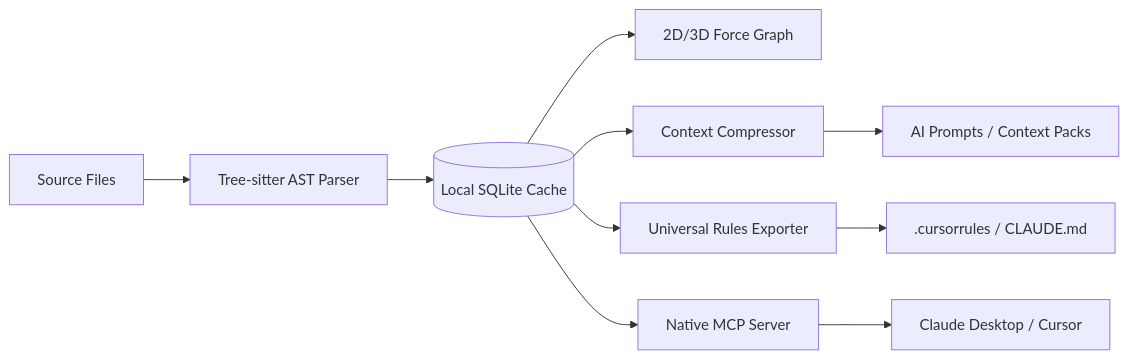
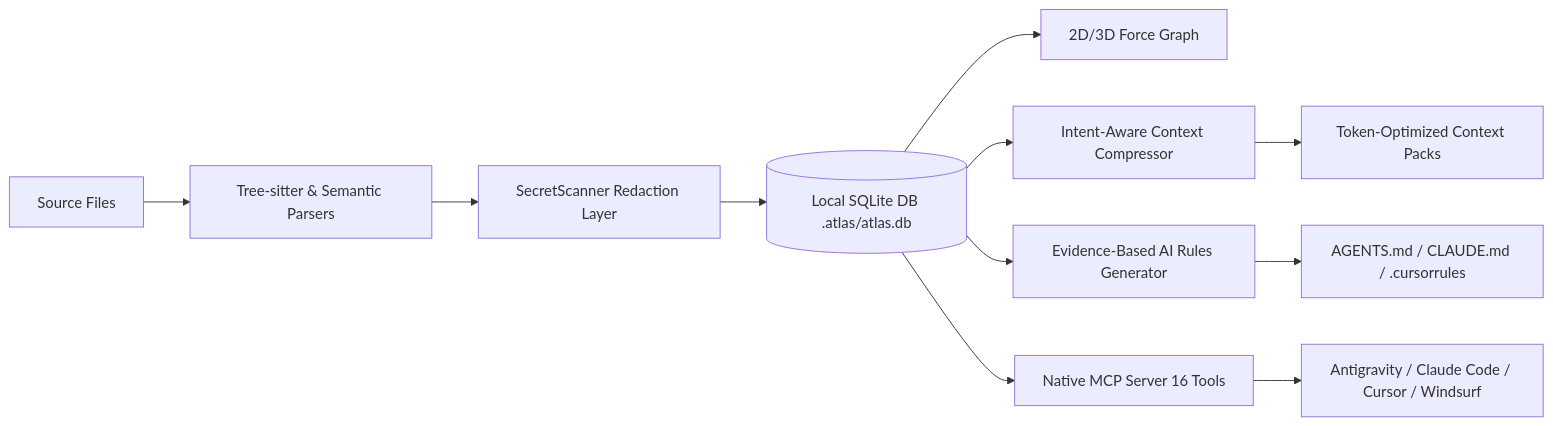
Before and after one commit to shditz/codeatlas: the diagram in apps/docs/guide/index.md, drawn with Mermaid. The commit also changed other lines of this file and 95 other files, not shown here.

Commit message:
chore(release): v1.0.0 - Production Release, 16 MCP Tools, Framework Adapters, Security Redaction, and VS Code Extension

````diff
--- a/apps/docs/guide/index.md
+++ b/apps/docs/guide/index.md
@@ -20,13 +20,14 @@
 ```mermaid
 flowchart LR
-    A[Source Files] --> B[Tree-sitter AST Parser]
-    B --> C[(Local SQLite Cache)]
+    A[Source Files] --> B[Tree-sitter & Semantic Parsers]
+    B --> SEC[SecretScanner Redaction Layer]
+    SEC --> C[(Local SQLite DB .atlas/atlas.db)]
     C --> D[2D/3D Force Graph]
-    C --> E[Context Compressor]
-    C --> F[Universal Rules Exporter]
-    C --> G[Native MCP Server]
+    C --> E[Intent-Aware Context Compressor]
+    C --> F[Evidence-Based AI Rules Generator]
+    C --> G[Native MCP Server 16 Tools]
 
-    E --> H[AI Prompts / Context Packs]
-    F --> I[.cursorrules / CLAUDE.md]
-    G --> J[Claude Desktop / Cursor]
+    E --> H[Token-Optimized Context Packs]
+    F --> I[AGENTS.md / CLAUDE.md / .cursorrules]
+    G --> J[Antigravity / Claude Code / Cursor / Windsurf]
 ```
````
